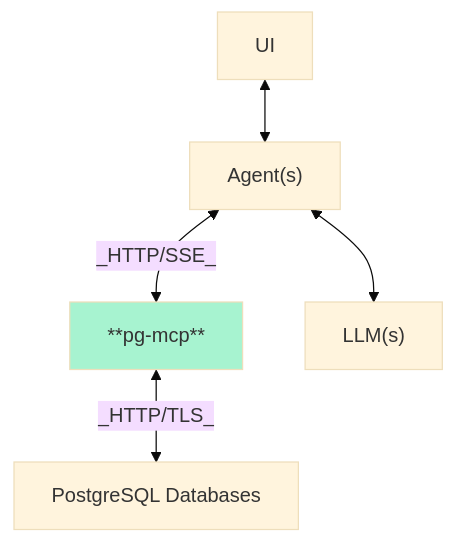
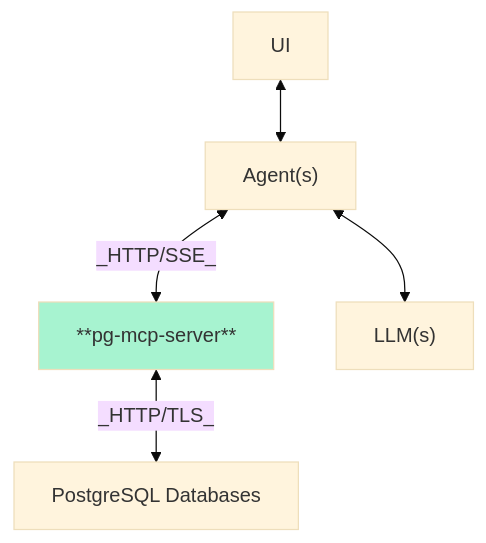
The diagram in docs/index.md (stuzero/pg-mcp), drawn with Mermaid (base theme) before and after one commit. The commit also changed other lines of this file and 1 other file, not shown here.

````diff
--- a/docs/index.md
+++ b/docs/index.md
@@ -9,8 +9,8 @@
 ```mermaid
 graph TD
     classDef mcpcolor fill:#a7f3d0,stroke:#0478573
     UI <--> Agents["Agent(s)"]
-    Agents <--_HTTP/SSE_--> MCP["**pg-mcp**"]:::mcpcolor
+    Agents <--_HTTP/SSE_--> MCP["**pg-mcp-server**"]:::mcpcolor
     MCP <--_HTTP/TLS_--> Resources["PostgreSQL Databases"]
     Agents <--> LLM["LLM(s)"]
 ```
````
